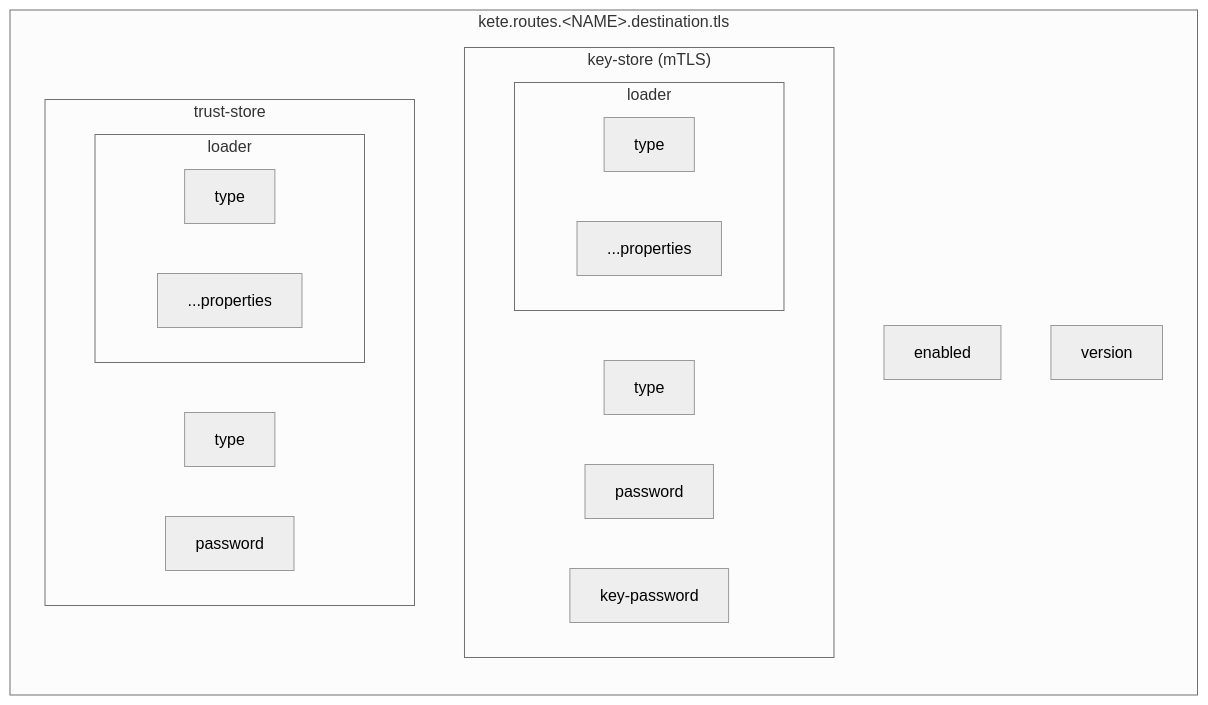
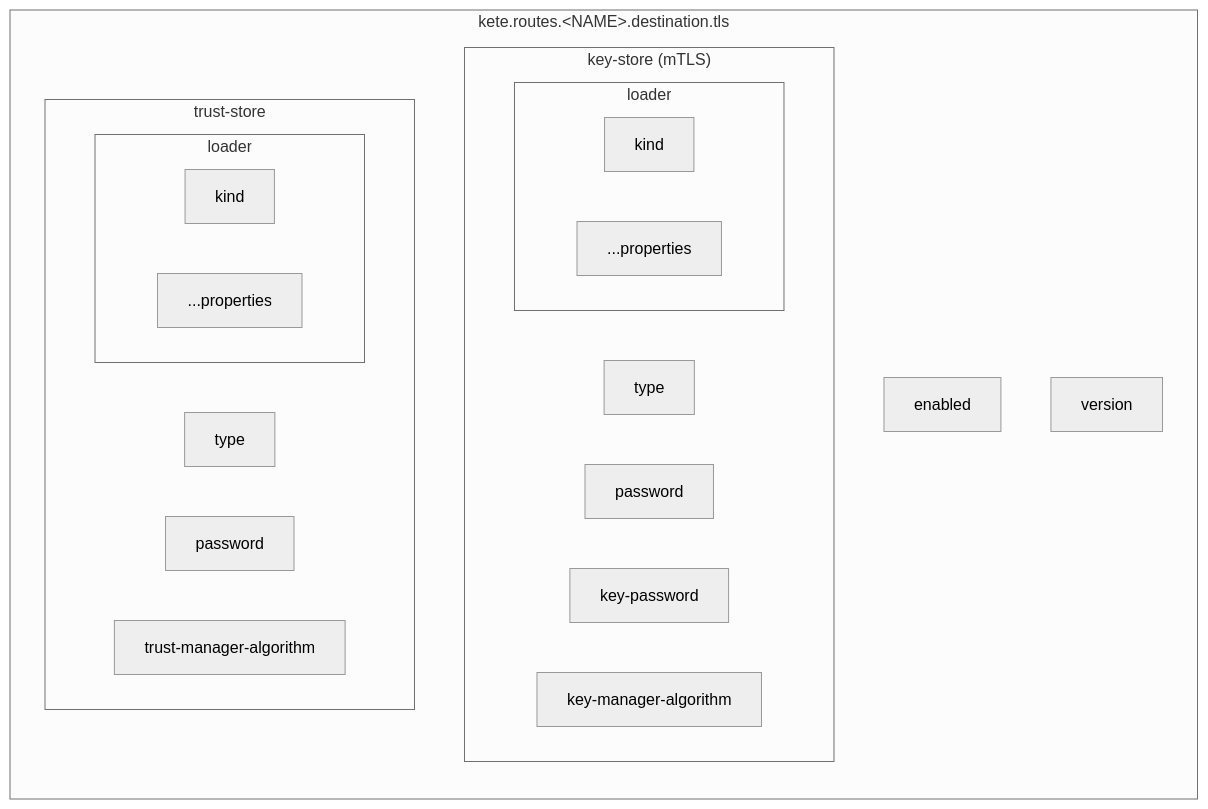
The second of 2 diagrams in docs/developer-guide/configuration.md (FortuneN/kete), drawn with Mermaid (neutral theme) before and after one commit. The commit also changed other lines of this file and 75 other files, not shown here.

````diff
--- a/docs/developer-guide/configuration.md
+++ b/docs/developer-guide/configuration.md
@@ -378,24 +402,26 @@
 ```mermaid
 flowchart LR
     subgraph TLS["kete.routes.&lt;NAME&gt;.destination.tls"]
         EN["enabled"]
         VER["version"]
         subgraph KS["key-store (mTLS)"]
             KT["type"]
             KP["password"]
             KKP["key-password"]
+            KMA["key-manager-algorithm"]
             subgraph KL["loader"]
-                KLT["type"]
+                KLT["kind"]
                 KLP["...properties"]
             end
         end
         subgraph TS["trust-store"]
             TT["type"]
             TP["password"]
+            TMA["trust-manager-algorithm"]
             subgraph TL["loader"]
-                TLT["type"]
+                TLT["kind"]
                 TLP["...properties"]
             end
         end
     end
 ```
````
